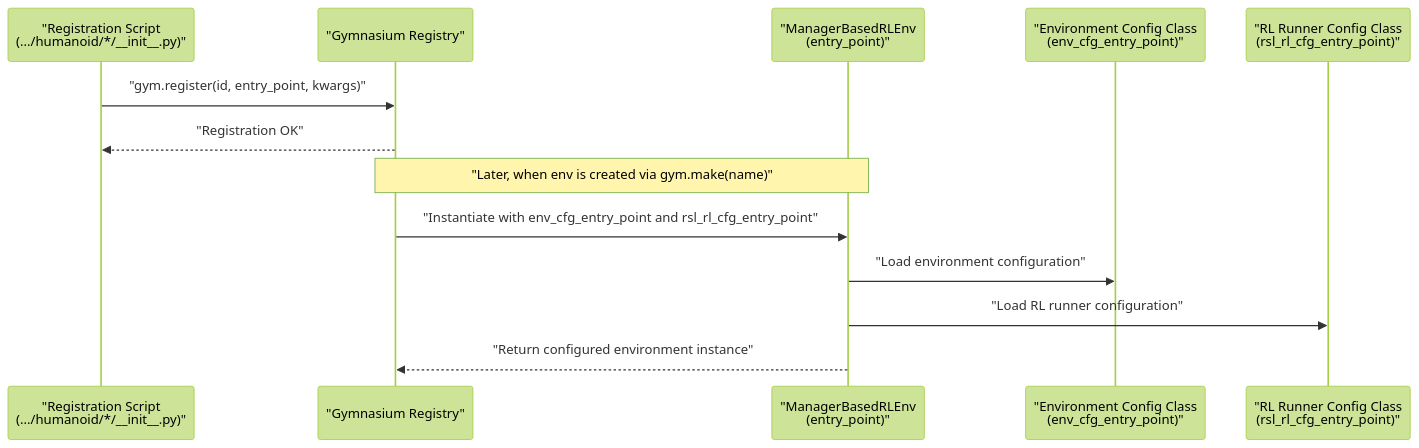
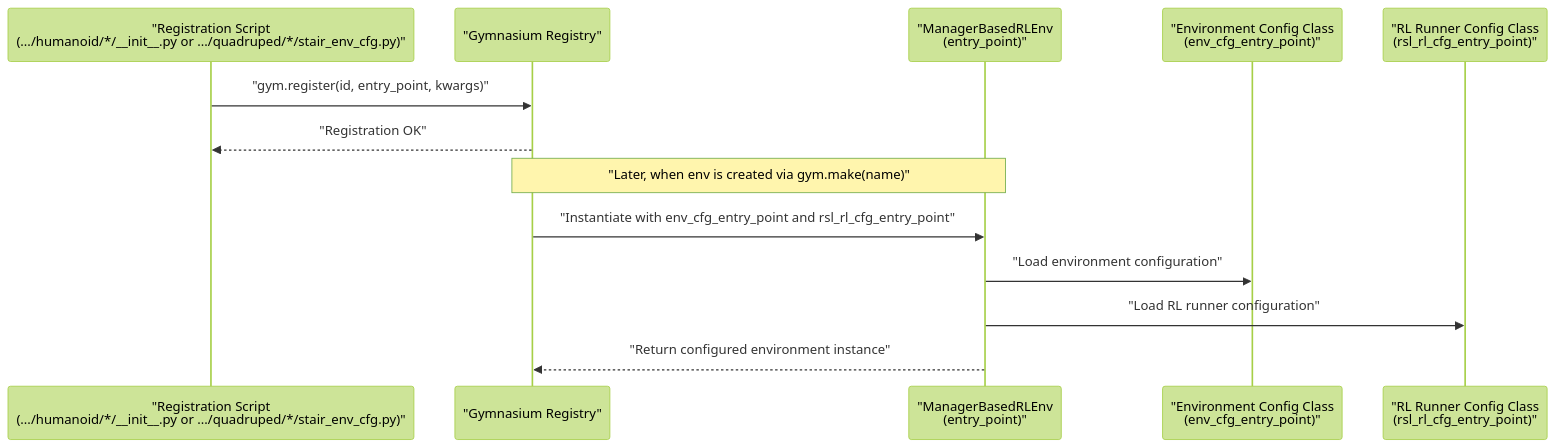
The second of 4 diagrams in .qoder/repowiki/en/content/Environment System/Environment Registration Framework.md (jayjayhust/robot_lab), drawn with Mermaid (forest theme) before and after one commit. The commit also changed other lines of this file and 21 other files, not shown here.

````diff
--- a/.qoder/repowiki/en/content/Environment System/Environment Registration Framework.md
+++ b/.qoder/repowiki/en/content/Environment System/Environment Registration Framework.md
@@ -109,15 +134,15 @@
 ```mermaid
 sequenceDiagram
-participant Reg as "Registration Script<br/>(.../humanoid/*/__init__.py)"
+participant Reg as "Registration Script<br/>(.../humanoid/*/__init__.py or .../quadruped/*/stair_env_cfg.py)"
 participant Gym as "Gymnasium Registry"
 participant Env as "ManagerBasedRLEnv<br/>(entry_point)"
 participant Cfg as "Environment Config Class<br/>(env_cfg_entry_point)"
 participant RL as "RL Runner Config Class<br/>(rsl_rl_cfg_entry_point)"
 Reg->>Gym : "gym.register(id, entry_point, kwargs)"
 Gym-->>Reg : "Registration OK"
 Note over Gym,Env : "Later, when env is created via gym.make(name)"
 Gym->>Env : "Instantiate with env_cfg_entry_point and rsl_rl_cfg_entry_point"
 Env->>Cfg : "Load environment configuration"
 Env->>RL : "Load RL runner configuration"
 Env-->>Gym : "Return configured environment instance"
 ```
````
